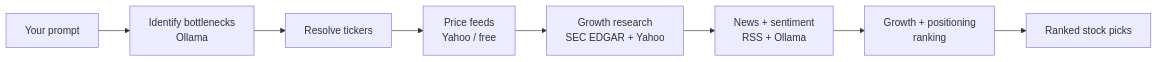
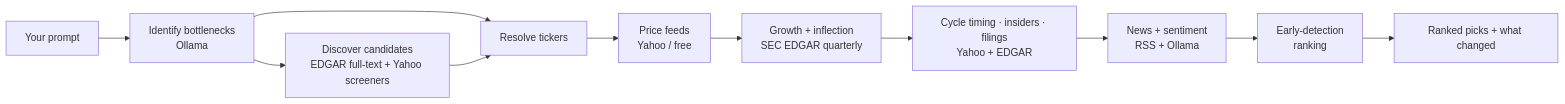
Before and after one commit to daryn-brown/TrendWave: the diagram in README.md, drawn with Mermaid. The commit also changed other lines of this file and 25 other files, not shown here.

First line of the commit message:
Early-trade detection (v3.0.0): catch cyclicals and spinoffs before the boom (#53)

````diff
--- a/README.md
+++ b/README.md
@@ -25,10 +26,13 @@
 ```mermaid
 flowchart LR
     A[Your prompt] --> B[Identify bottlenecks<br/>Ollama]
     B --> C[Resolve tickers]
+    B --> S[Discover candidates<br/>EDGAR full-text + Yahoo screeners]
+    S --> C
     C --> D[Price feeds<br/>Yahoo / free]
-    D --> E[Growth research<br/>SEC EDGAR + Yahoo]
-    E --> F[News + sentiment<br/>RSS + Ollama]
-    F --> G[Growth + positioning<br/>ranking]
-    G --> H[Ranked stock picks]
+    D --> E[Growth + inflection<br/>SEC EDGAR quarterly]
+    E --> T[Cycle timing · insiders · filings<br/>Yahoo + EDGAR]
+    T --> F[News + sentiment<br/>RSS + Ollama]
+    F --> G[Early-detection<br/>ranking]
+    G --> H[Ranked picks + what changed]
 ```
````
